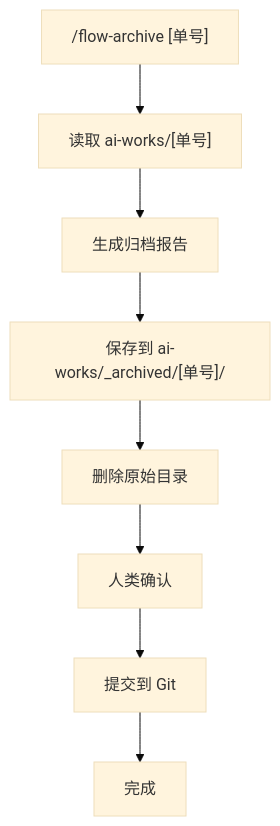
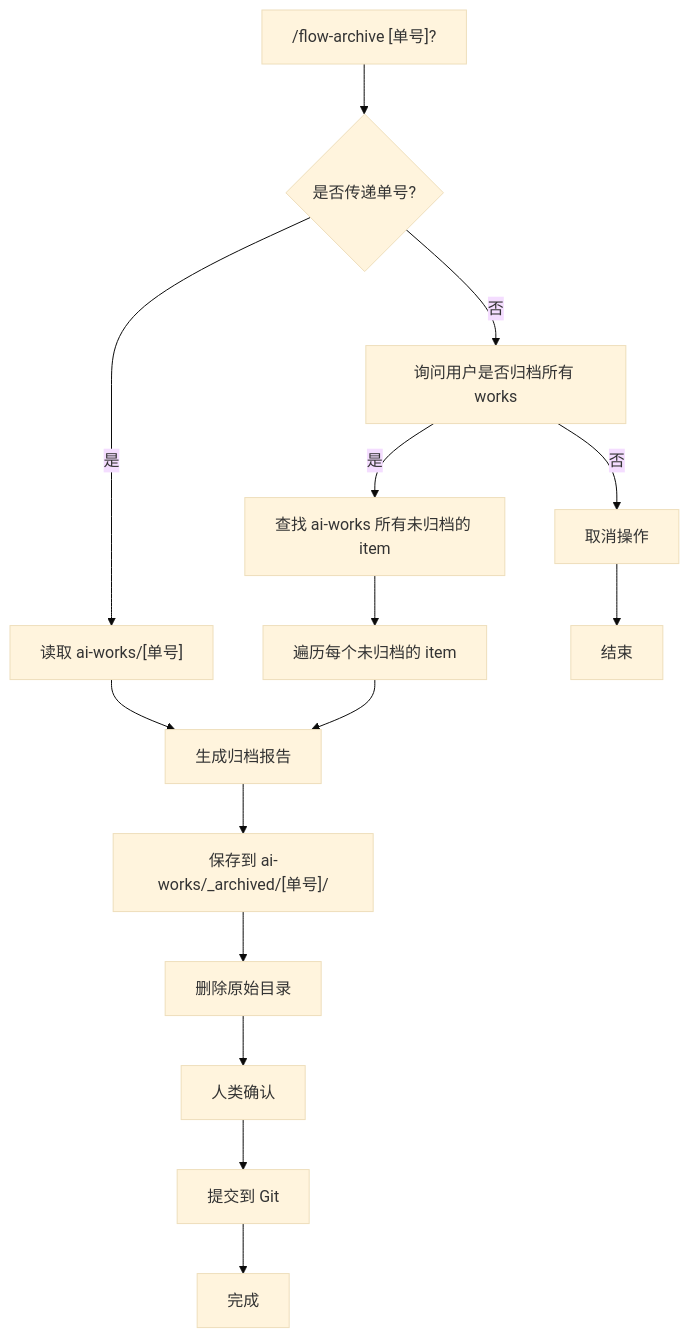
Before and after one commit to hakonleung/halo: the diagram in ai-coding/action-archive.md, drawn with Mermaid (base theme). The commit also changed other lines of this file and 16 other files, not shown here.

````diff
--- a/ai-coding/action-archive.md
+++ b/ai-coding/action-archive.md
@@ -24,10 +25,17 @@
 ```mermaid
 flowchart TD
-    A["/flow-archive [单号]"] --> B["读取 ai-works/[单号]"]
-    B --> C["生成归档报告"]
-    C --> D["保存到 ai-works/_archived/[单号]/"]
-    D --> E["删除原始目录"]
-    E --> F["人类确认"]
-    F --> G["提交到 Git"]
-    G --> H["完成"]
+    A["/flow-archive [单号]?"] --> B{是否传递单号?}
+    B -->|是| C["读取 ai-works/[单号]"]
+    B -->|否| D["询问用户是否归档所有 works"]
+    D -->|是| E["查找 ai-works 所有未归档的 item"]
+    D -->|否| F["取消操作"]
+    E --> G["遍历每个未归档的 item"]
+    C --> H["生成归档报告"]
+    G --> H
+    H --> I["保存到 ai-works/_archived/[单号]/"]
+    I --> J["删除原始目录"]
+    J --> K["人类确认"]
+    K --> L["提交到 Git"]
+    L --> M["完成"]
+    F --> N["结束"]
 ```
````
